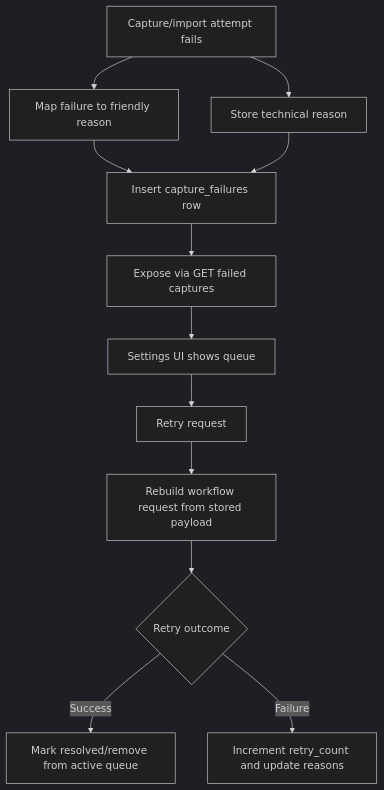
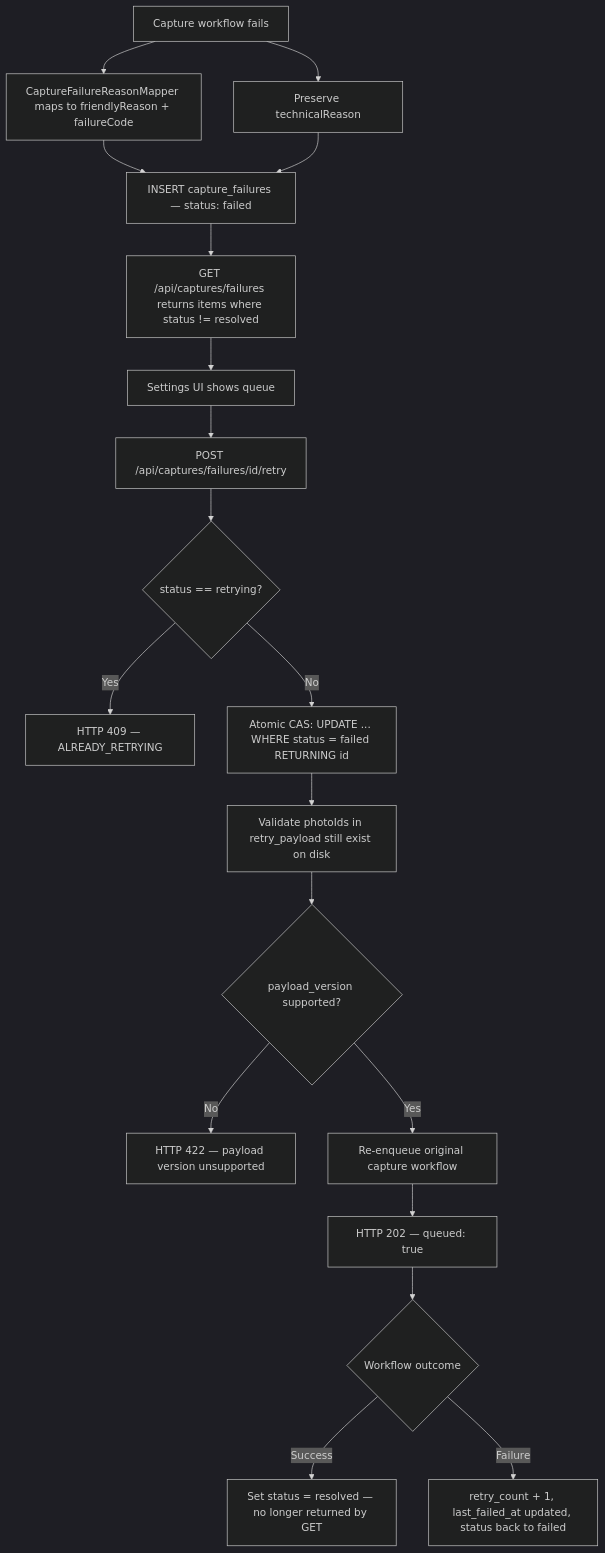
The seventh of 8 diagrams in docs/flows/data-flows/recipe-search-index-and-recovery.md (AlexandreBrisebois/whats-for-supper), drawn with Mermaid (dark theme) before and after one commit. The commit also changed other lines of this file and 14 other files, not shown here.

````diff
--- a/docs/flows/data-flows/recipe-search-index-and-recovery.md
+++ b/docs/flows/data-flows/recipe-search-index-and-recovery.md
@@ -289,14 +344,21 @@
 ```mermaid
 flowchart TD
-    A[Capture/import attempt fails] --> B[Map failure to friendly reason]
-    A --> C[Store technical reason]
-    B --> D[Insert capture_failures row]
+    A[Capture workflow fails] --> B[CaptureFailureReasonMapper maps to friendlyReason + failureCode]
+    A --> C[Preserve technicalReason]
+    B --> D[INSERT capture_failures — status: failed]
     C --> D
-    D --> E[Expose via GET failed captures]
+    D --> E[GET /api/captures/failures returns items where status != resolved]
     E --> F[Settings UI shows queue]
-    F --> G[Retry request]
-    G --> H[Rebuild workflow request from stored payload]
-    H --> I{Retry outcome}
-    I -->|Success| J[Mark resolved/remove from active queue]
-    I -->|Failure| K[Increment retry_count and update reasons]
+    F --> G[POST /api/captures/failures/id/retry]
+    G --> H{status == retrying?}
+    H -->|Yes| I[HTTP 409 — ALREADY_RETRYING]
+    H -->|No| J[Atomic CAS: UPDATE ... WHERE status = failed RETURNING id]
+    J --> K[Validate photoIds in retry_payload still exist on disk]
+    K --> L{payload_version supported?}
+    L -->|No| M[HTTP 422 — payload version unsupported]
+    L -->|Yes| N[Re-enqueue original capture workflow]
+    N --> O[HTTP 202 — queued: true]
+    O --> P{Workflow outcome}
+    P -->|Success| Q[Set status = resolved — no longer returned by GET]
+    P -->|Failure| R[retry_count + 1, last_failed_at updated, status back to failed]
 ```
````
